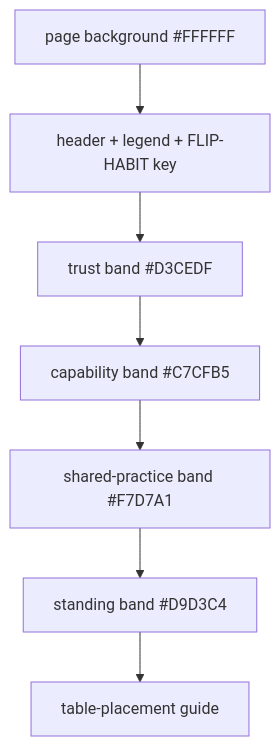
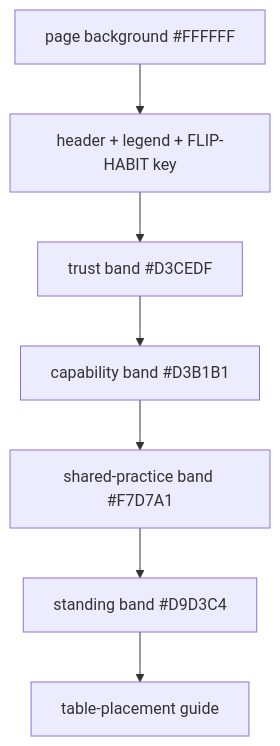
The sixth of 11 diagrams in components/specs/boards.md (Hegerstrand/seven-weeks), drawn with Mermaid before and after one commit. The commit also changed other lines of this file and 61 other files, not shown here.

````diff
--- a/components/specs/boards.md
+++ b/components/specs/boards.md
@@ -477,9 +477,9 @@
 ```mermaid
 graph TD
   A["page background #FFFFFF"] --> B["header + legend + FLIP-HABIT key"]
   B --> C["trust band #D3CEDF"]
-  C --> D["capability band #C7CFB5"]
+  C --> D["capability band #D3B1B1"]
   D --> E["shared-practice band #F7D7A1"]
   E --> F["standing band #D9D3C4"]
   F --> H["table-placement guide"]
 ```
````
